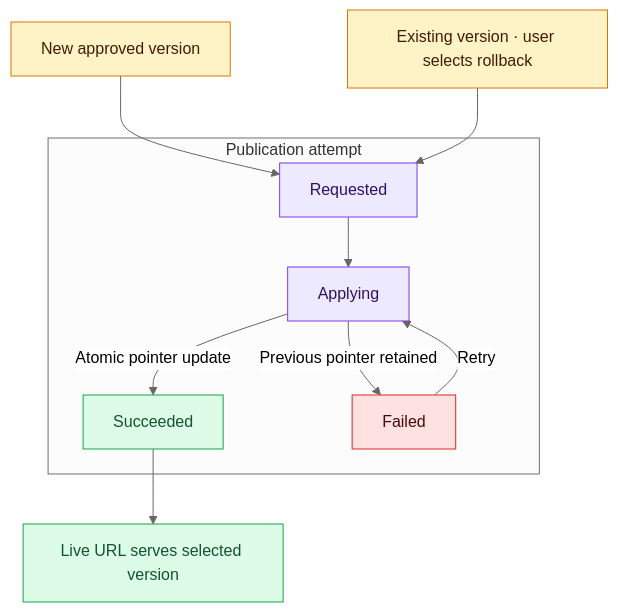
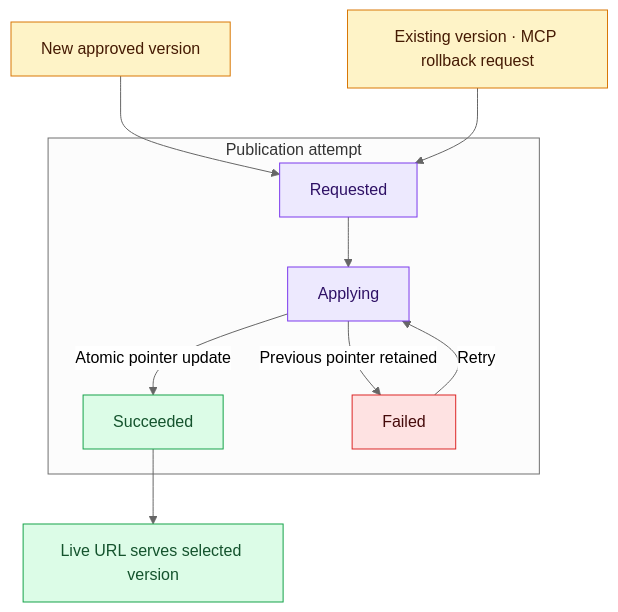
The fifth of 7 diagrams in ARCHITECTURE.md (yildizib/codomain), drawn with Mermaid (neutral theme) before and after one commit. The commit also changed other lines of this file and 18 other files, not shown here.

````diff
--- a/ARCHITECTURE.md
+++ b/ARCHITECTURE.md
@@ -141,21 +200,21 @@
 ```mermaid
 flowchart TB
   A["New approved version"] --> R["Requested"]
-  H["Existing version · user selects rollback"] --> R
+  H["Existing version · MCP rollback request"] --> R
   subgraph attempt["Publication attempt"]
     R --> P["Applying"]
     P -->|Atomic pointer update| S["Succeeded"]
     P -->|Previous pointer retained| F["Failed"]
     F -->|Retry| P
   end
   S --> L["Live URL serves selected version"]
   class A,H review;
   class R,P platform;
   class S,L live;
   class F failure;
   classDef actor fill:#dbeafe,stroke:#2563eb,color:#172554;
   classDef platform fill:#ede9fe,stroke:#7c3aed,color:#2e1065;
   classDef review fill:#fef3c7,stroke:#d97706,color:#451a03;
   classDef live fill:#dcfce7,stroke:#16a34a,color:#14532d;
   classDef failure fill:#fee2e2,stroke:#dc2626,color:#450a0a;
 ```
````
